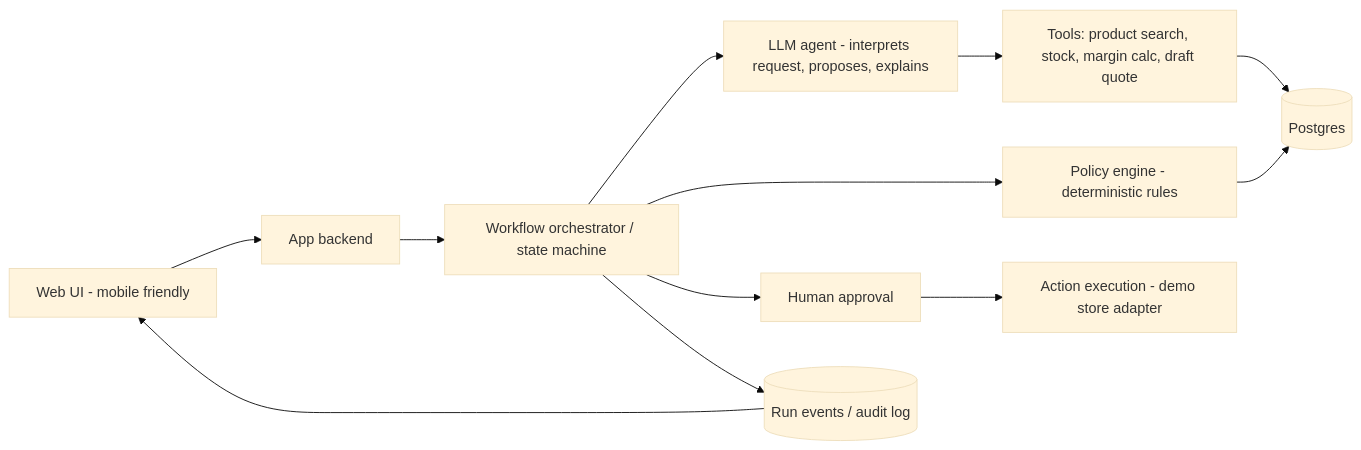
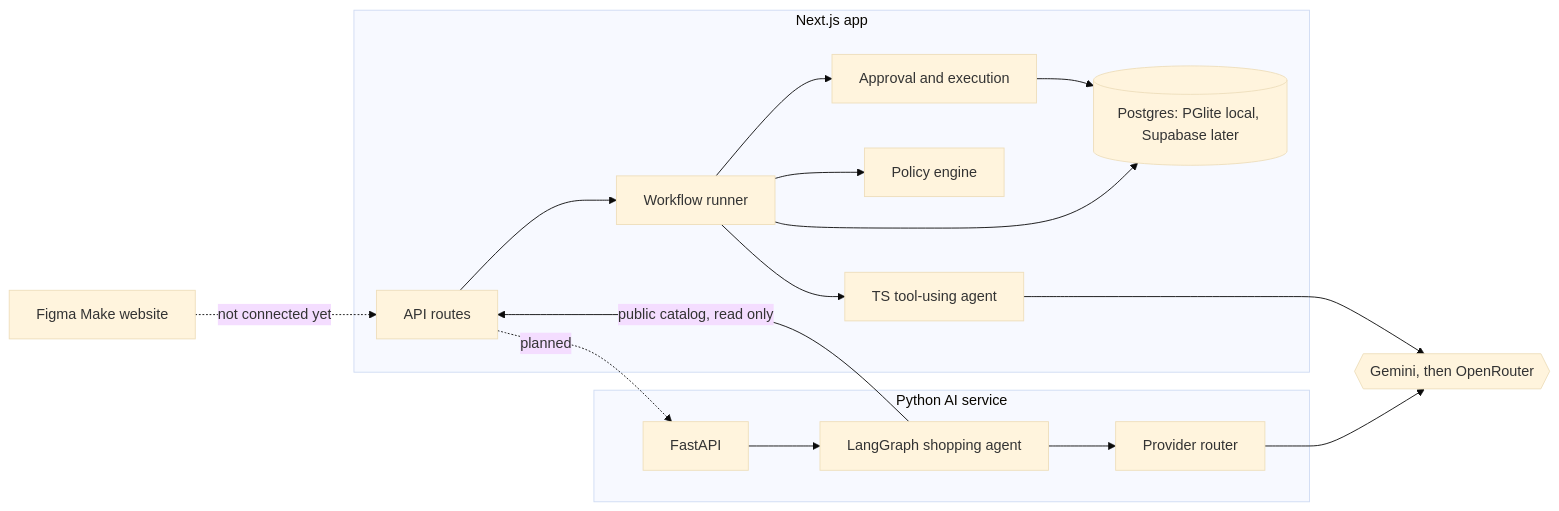
Before and after one commit to rezlee71017/commercial-operations-ai: the diagram in README.md, drawn with Mermaid (base theme). The commit also changed other lines of this file and 59 other files, not shown here.

Commit message:
Replace Groq, add Python AI service, new UI

````diff
--- a/README.md
+++ b/README.md
@@ -83,14 +37,20 @@
 ```mermaid
 flowchart LR
-  UI[Web UI - mobile friendly] --> API[App backend]
-  API --> ORCH[Workflow orchestrator / state machine]
-  ORCH --> AGENT[LLM agent - interprets request, proposes, explains]
-  AGENT --> TOOLS[Tools: product search, stock, margin calc, draft quote]
-  TOOLS --> DB[(Postgres)]
-  ORCH --> POLICY[Policy engine - deterministic rules]
-  POLICY --> DB
-  ORCH --> APPROVAL[Human approval]
-  APPROVAL --> EXEC[Action execution - demo store adapter]
-  ORCH --> EVENTS[(Run events / audit log)]
-  EVENTS --> UI
+  UI[Figma Make website] -.->|not connected yet| API
+  subgraph Web[Next.js app]
+    API[API routes] --> RUN[Workflow runner]
+    RUN --> AGENT[TS tool-using agent]
+    RUN --> POLICY[Policy engine]
+    RUN --> EXEC[Approval and execution]
+    EXEC --> DB[(Postgres: PGlite local, Supabase later)]
+    RUN --> DB
+  end
+  AGENT --> PROV{{Gemini, then OpenRouter}}
+  subgraph Py[Python AI service]
+    FAPI[FastAPI] --> LG[LangGraph shopping agent]
+    LG --> PR[Provider router]
+  end
+  LG -->|public catalog, read only| API
+  PR --> PROV
+  API -.->|planned| FAPI
 ```
````
